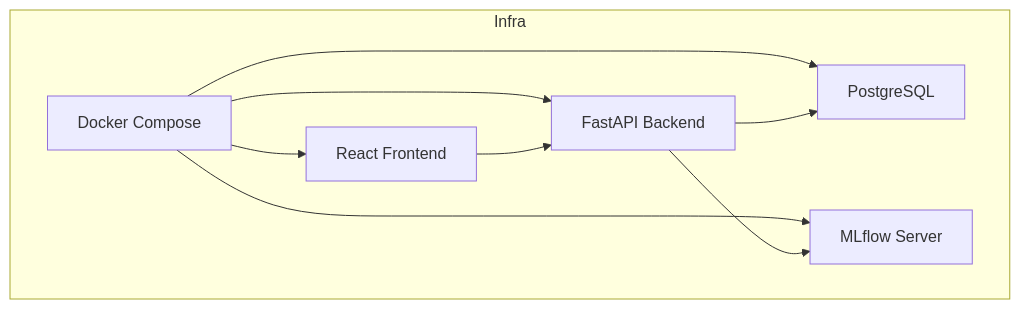
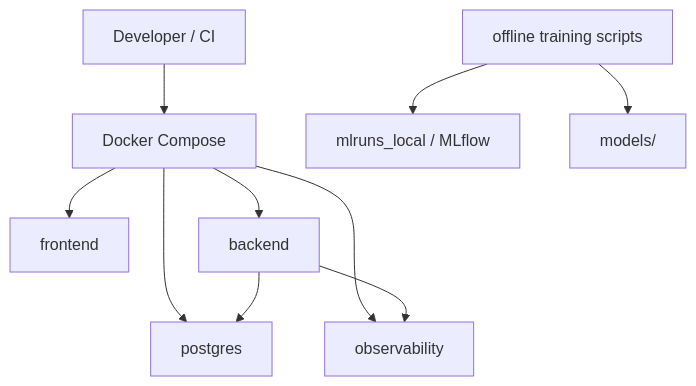
One commit to therabbitears/iitr-ai-smart-factory-command-center changed the fifth of 6 diagrams in architecture.md. Above: the diagram before and after it, drawn with Mermaid. The commit also changed other lines of this file and 3 other files, not shown here.

Commit message:
Diagrams and all

````diff
--- a/architecture.md
+++ b/architecture.md
@@ -144,18 +369,12 @@
 ```mermaid
 flowchart TB
-  subgraph Infra
-    Compose["Docker Compose"]
-    Postgres["PostgreSQL"]
-    MLflow["MLflow Server"]
-    Backend["FastAPI Backend"]
-    Frontend["React Frontend"]
-  end
-
-  Compose --> Postgres
-  Compose --> MLflow
-  Compose --> Backend
-  Compose --> Frontend
-  Backend --> Postgres
-  Backend --> MLflow
-  Frontend --> Backend
+  Dev["Developer / CI"] --> Compose["Docker Compose"]
+  Compose --> FE["frontend"]
+  Compose --> BE["backend"]
+  Compose --> DB["postgres"]
+  Compose --> OBS["observability"]
+  BE --> DB
+  BE --> OBS
+  ML["offline training scripts"] --> MLRuns["mlruns_local / MLflow"]
+  ML --> Artifacts["models/"]
 ```
````
